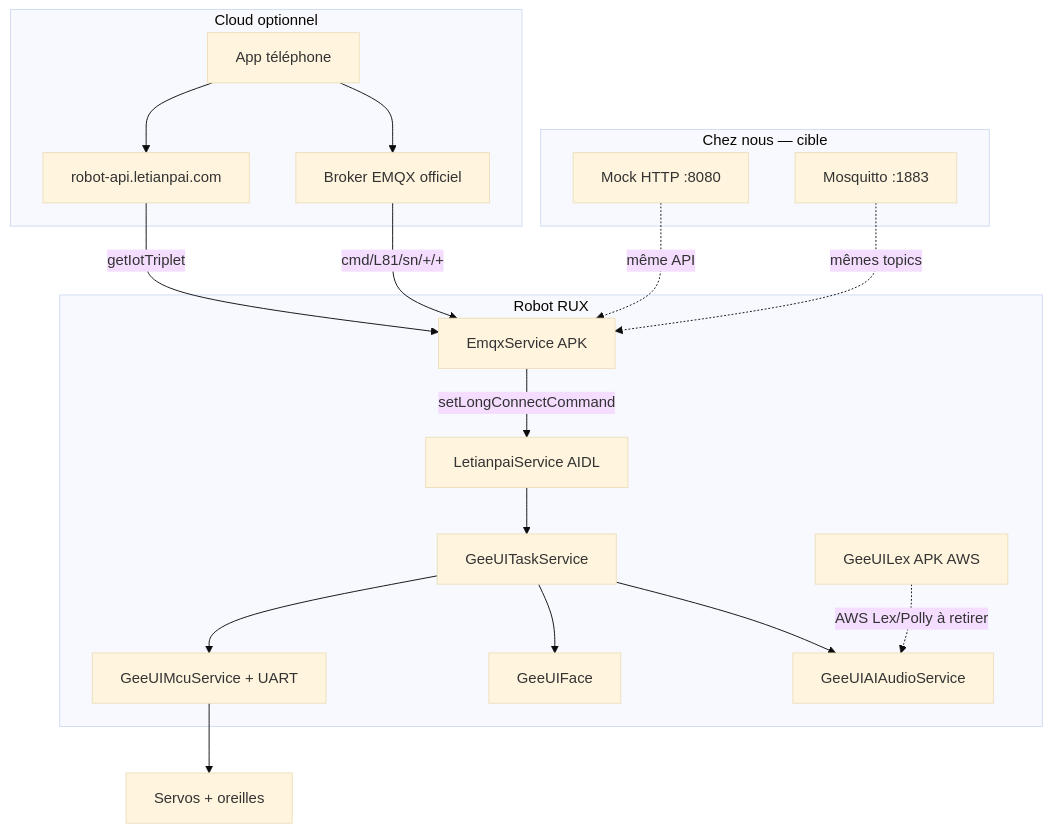
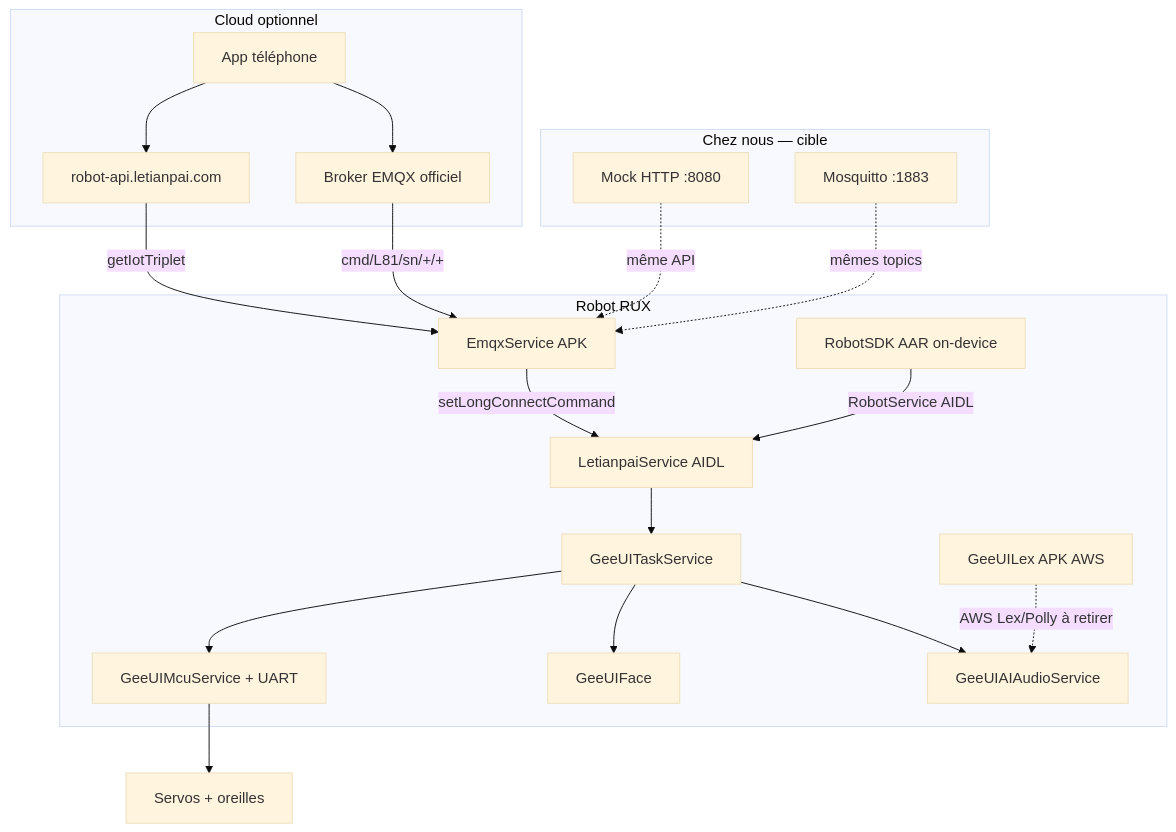
Before and after one commit to ogrums/LetianpaiOS: the diagram in docs/ROADMAP.md, drawn with Mermaid (base theme). The commit also changed other lines of this file, not shown here.

````diff
--- a/docs/ROADMAP.md
+++ b/docs/ROADMAP.md
@@ -40,37 +30,39 @@
 ```mermaid
 flowchart TB
   subgraph optionnel [Cloud optionnel]
     Phone[App téléphone]
     LTP[robot-api.letianpai.com]
     EMQXcloud[Broker EMQX officiel]
   end
 
   subgraph local [Chez nous — cible]
     MockHTTP[Mock HTTP :8080]
     Mosq[Mosquitto :1883]
   end
 
   subgraph robot [Robot RUX]
     Emqx[EmqxService APK]
     LtpS[LetianpaiService AIDL]
     Dispatch[GeeUITaskService]
     MCU[GeeUIMcuService + UART]
     Face[GeeUIFace]
     Audio[GeeUIAIAudioService]
     Lex[GeeUILex APK AWS]
+    SDK[RobotSDK AAR on-device]
   end
 
   Phone --> EMQXcloud
   Phone --> LTP
   LTP -->|getIotTriplet| Emqx
   EMQXcloud -->|cmd/L81/sn/+/+| Emqx
   MockHTTP -.->|même API| Emqx
   Mosq -.->|mêmes topics| Emqx
   Emqx -->|setLongConnectCommand| LtpS
+  SDK -->|RobotService AIDL| LtpS
   LtpS --> Dispatch
   Dispatch --> MCU
   Dispatch --> Face
   Dispatch --> Audio
   Lex -.->|AWS Lex/Polly à retirer| Audio
   MCU --> Pieds[Servos + oreilles]
 ```
````
